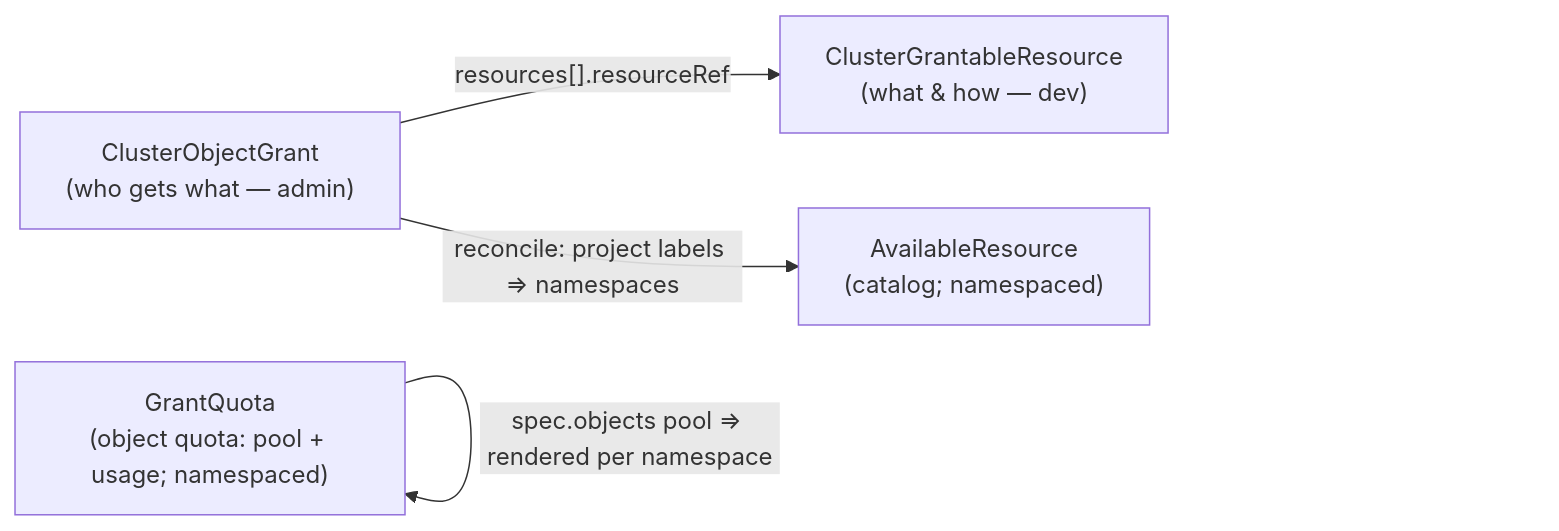
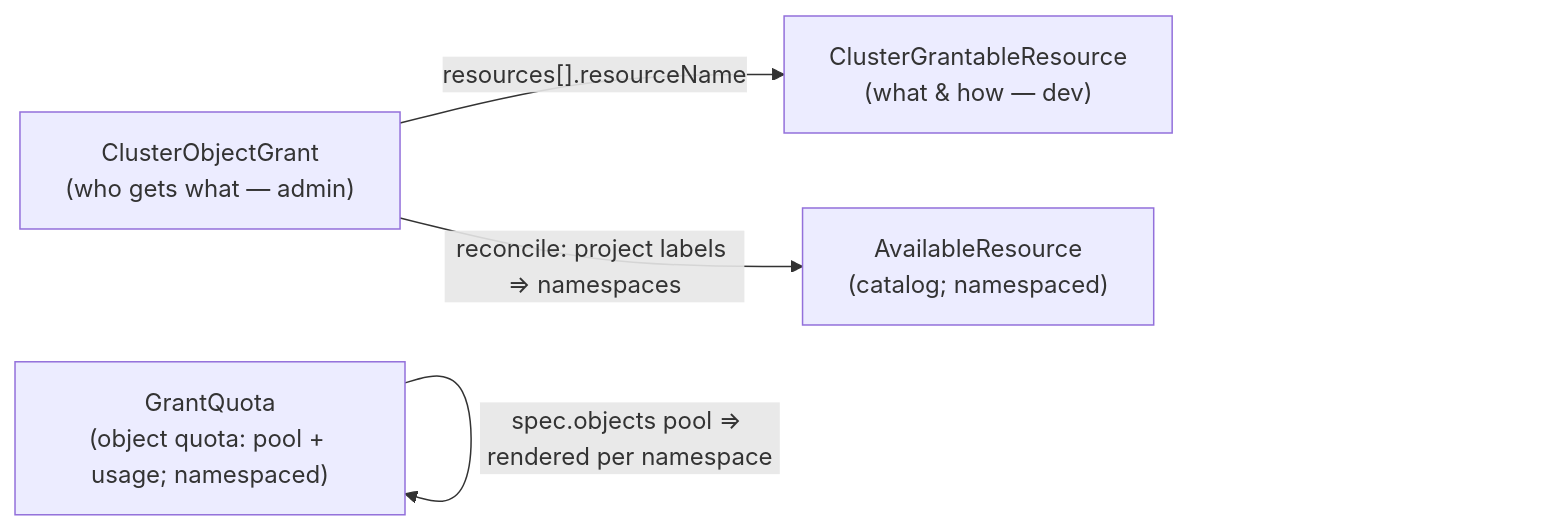
The second of 4 diagrams in modules/160-multitenancy-manager/docs/internal/CLUSTER_OBJECT_GRANTS_DESIGN.md (deckhouse/deckhouse), drawn with Mermaid before and after one commit. The commit also changed other lines of this file and 12 other files, not shown here.

Commit message:
[multitenancy-manager] rename grant resourceRef -> resourceName (it is a name, not an object ref)

````diff
--- a/modules/160-multitenancy-manager/docs/internal/CLUSTER_OBJECT_GRANTS_DESIGN.md
+++ b/modules/160-multitenancy-manager/docs/internal/CLUSTER_OBJECT_GRANTS_DESIGN.md
@@ -105,10 +105,10 @@
 ```mermaid
 flowchart LR
   COG["ClusterObjectGrant<br/>(who gets what — admin)"]
   CGR["ClusterGrantableResource<br/>(what & how — dev)"]
   AR["AvailableResource<br/>(catalog; namespaced)"]
   GQ["GrantQuota<br/>(object quota: pool + usage; namespaced)"]
-  COG -- "resources[].resourceRef" --> CGR
+  COG -- "resources[].resourceName" --> CGR
   COG -- "reconcile: project labels ⇒ namespaces" --> AR
   GQ -- "spec.objects pool ⇒ rendered per namespace" --> GQ
 ```
````
